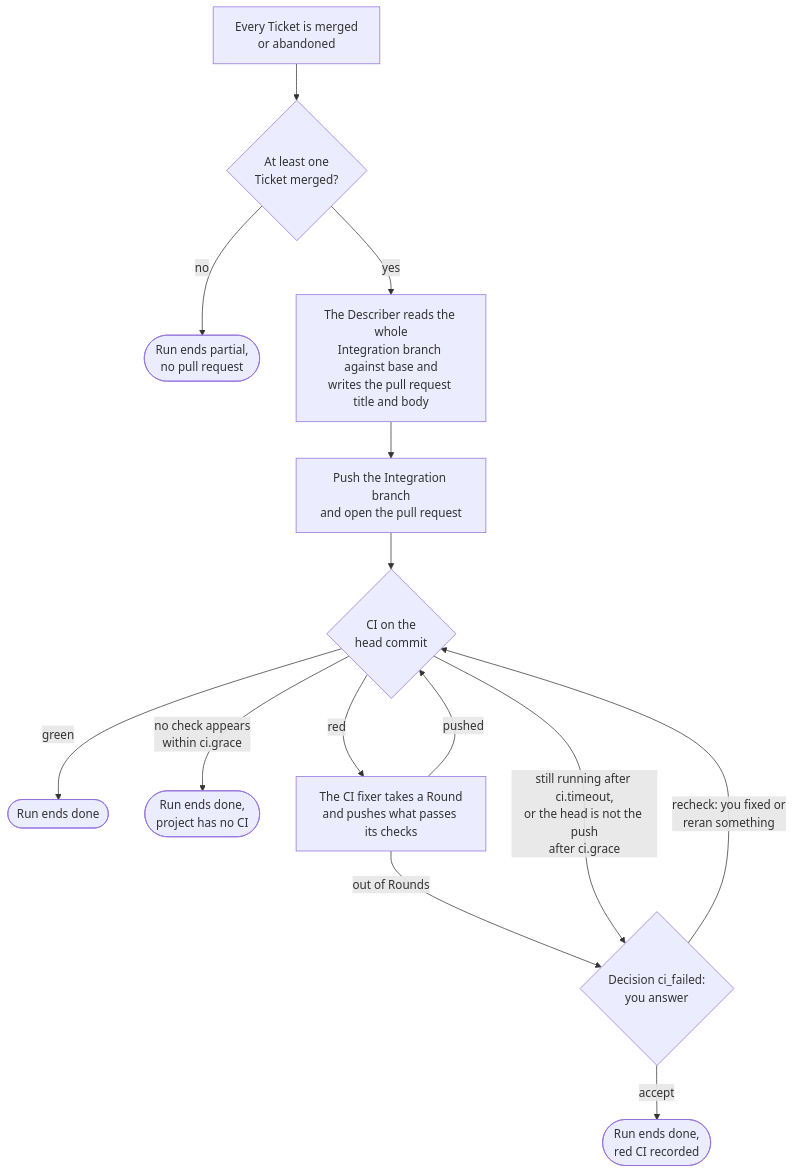
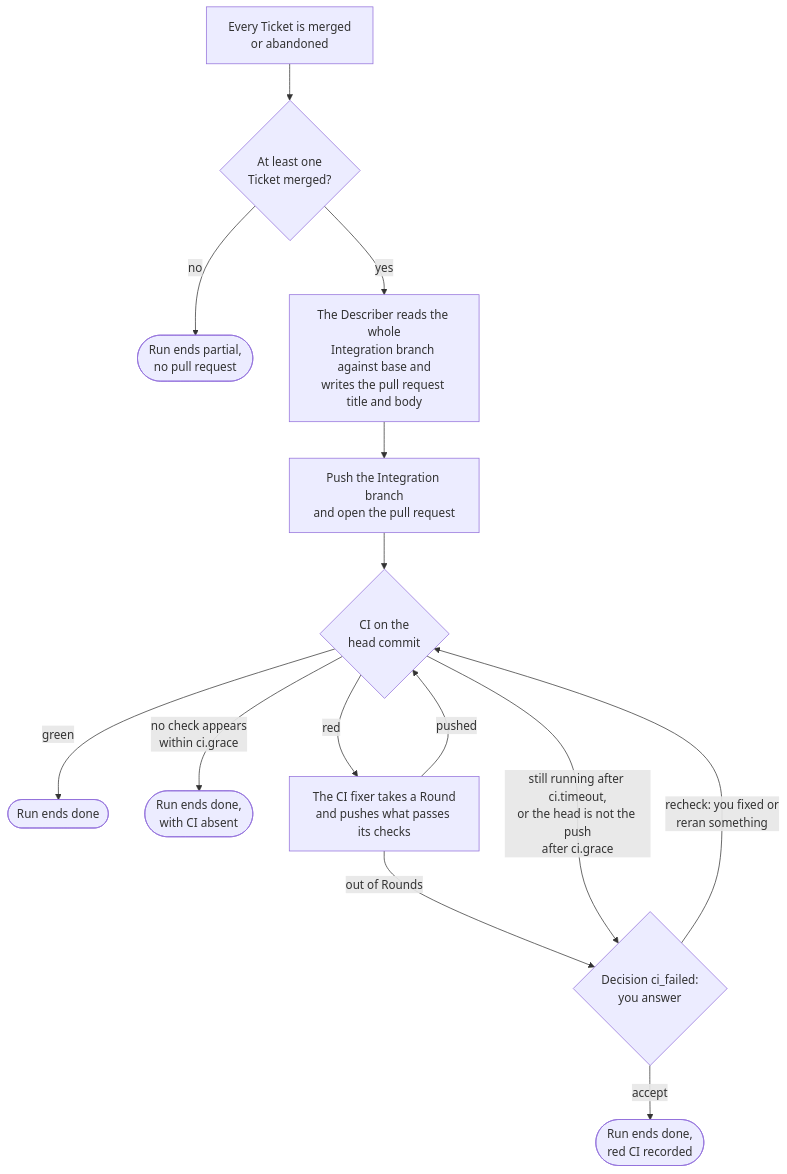
The eighth of 9 diagrams in docs/guide/03-how-a-run-works.md (Zepp333333/factory), drawn with Mermaid before and after one commit. The commit also changed 12 other files, not shown here.

First line of the commit message:
Merge a PR whose CI showed no check within the grace only once that CI passed, read again at the merge

````diff
--- a/docs/guide/03-how-a-run-works.md
+++ b/docs/guide/03-how-a-run-works.md
@@ -240,16 +240,16 @@
 ```mermaid
 flowchart TB
     allDone["Every Ticket is merged<br/>or abandoned"] --> any{"At least one<br/>Ticket merged?"}
     any -- "no" --> partialEmpty(["Run ends partial,<br/>no pull request"])
     any -- "yes" --> describer["The Describer reads the whole<br/>Integration branch against base and<br/>writes the pull request title and body"]
     describer --> open["Push the Integration branch<br/>and open the pull request"]
     open --> wait{"CI on the<br/>head commit"}
     wait -- "green" --> done(["Run ends done"])
-    wait -- "no check appears<br/>within ci.grace" --> nocii(["Run ends done,<br/>project has no CI"])
+    wait -- "no check appears<br/>within ci.grace" --> nocii(["Run ends done,<br/>with CI absent"])
     wait -- "red" --> fixer["The CI fixer takes a Round<br/>and pushes what passes its checks"]
     fixer -- "pushed" --> wait
     fixer -- "out of Rounds" --> ask
     wait -- "still running after ci.timeout,<br/>or the head is not the push<br/>after ci.grace" --> ask{"Decision ci_failed:<br/>you answer"}
     ask -- "recheck: you fixed or<br/>reran something" --> wait
     ask -- "accept" --> doneRed(["Run ends done,<br/>red CI recorded"])
 ```
````
